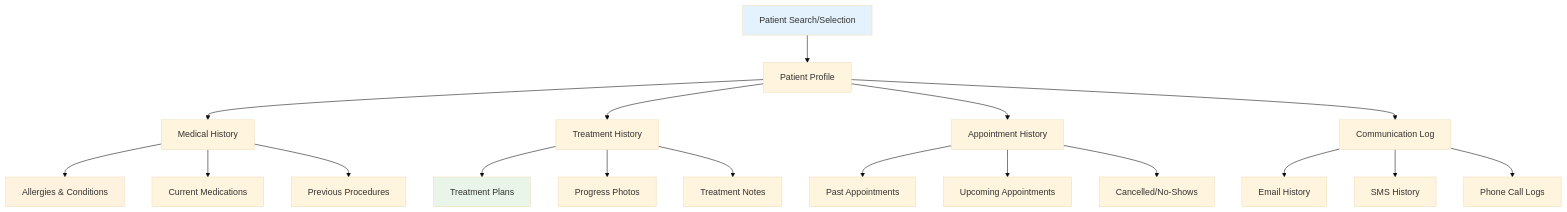
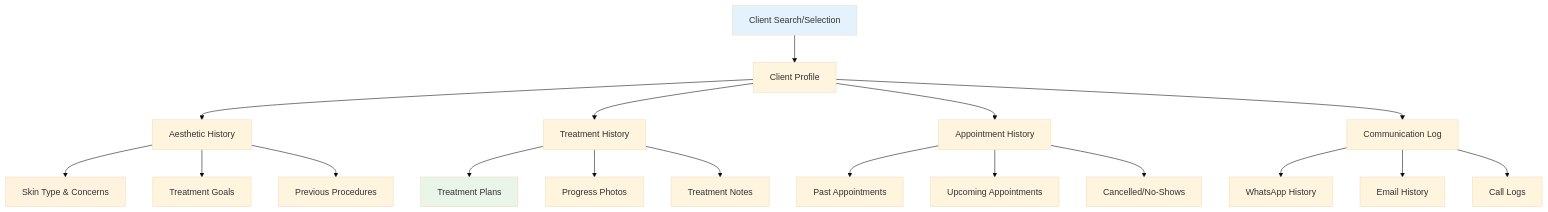
One commit to GrupoUS/neonpro changed the seventh of 16 diagrams in docs/architecture/aesthetic-platform-flows.md. Above: the diagram before and after it, drawn with Mermaid (base theme). The commit also changed other lines of this file and 892 other files, not shown here.

````diff
--- a/docs/architecture/aesthetic-platform-flows.md
+++ b/docs/architecture/aesthetic-platform-flows.md
@@ -259,28 +383,28 @@
 ```mermaid
 flowchart TD
-    A[Patient Search/Selection] --> B[Patient Profile]
-    B --> C[Medical History]
+    A[Client Search/Selection] --> B[Client Profile]
+    B --> C[Aesthetic History]
     B --> D[Treatment History]
     B --> E[Appointment History]
     B --> F[Communication Log]
 
-    C --> G[Allergies & Conditions]
-    C --> H[Current Medications]
+    C --> G[Skin Type & Concerns]
+    C --> H[Treatment Goals]
     C --> I[Previous Procedures]
 
     D --> J[Treatment Plans]
     D --> K[Progress Photos]
     D --> L[Treatment Notes]
 
     E --> M[Past Appointments]
     E --> N[Upcoming Appointments]
     E --> O[Cancelled/No-Shows]
 
-    F --> P[Email History]
-    F --> Q[SMS History]
-    F --> R[Phone Call Logs]
+    F --> P[WhatsApp History]
+    F --> Q[Email History]
+    F --> R[Call Logs]
 
     style A fill:#e3f2fd
     style G fill:#fff3e0
     style J fill:#e8f5e8
 ```
````
